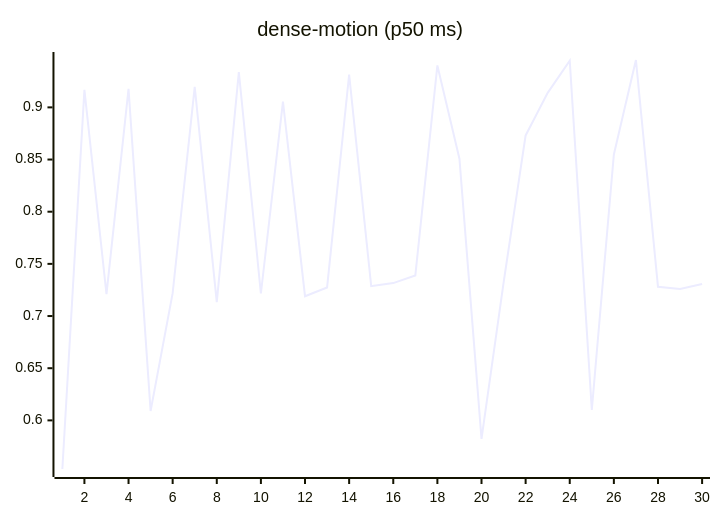
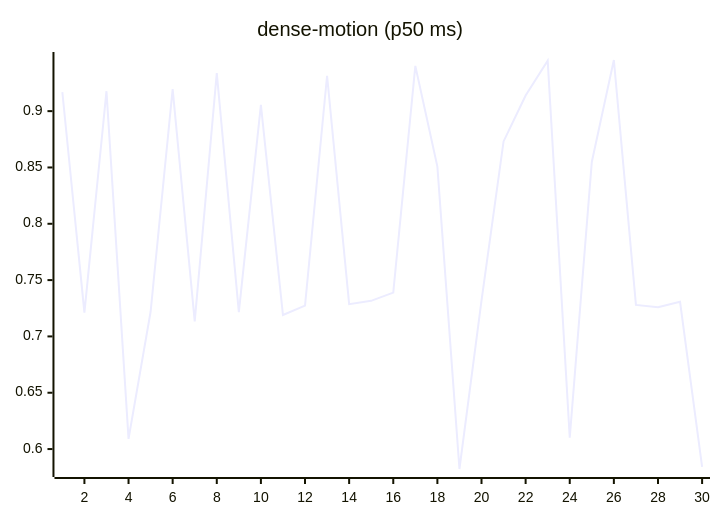
The ninth of 27 diagrams in README.md (josha/Facet), drawn with Mermaid before and after one commit. The commit also changed other lines of this file and 2 other files, not shown here.

````diff
--- a/README.md
+++ b/README.md
@@ -119,6 +119,6 @@
 ```mermaid
 xychart-beta
     title "dense-motion (p50 ms)"
     x-axis 1 --> 30
-    line [0.5534, 0.9168, 0.7211, 0.9177, 0.6090, 0.7219, 0.9196, 0.7134, 0.9338, 0.7216, 0.9055, 0.7190, 0.7274, 0.9314, 0.7286, 0.7316, 0.7389, 0.9402, 0.8508, 0.5823, 0.7317, 0.8731, 0.9139, 0.9448, 0.6101, 0.8549, 0.9454, 0.7280, 0.7259, 0.7307]
+    line [0.9168, 0.7211, 0.9177, 0.6090, 0.7219, 0.9196, 0.7134, 0.9338, 0.7216, 0.9055, 0.7190, 0.7274, 0.9314, 0.7286, 0.7316, 0.7389, 0.9402, 0.8508, 0.5823, 0.7317, 0.8731, 0.9139, 0.9448, 0.6101, 0.8549, 0.9454, 0.7280, 0.7259, 0.7307, 0.5841]
 ```
````
